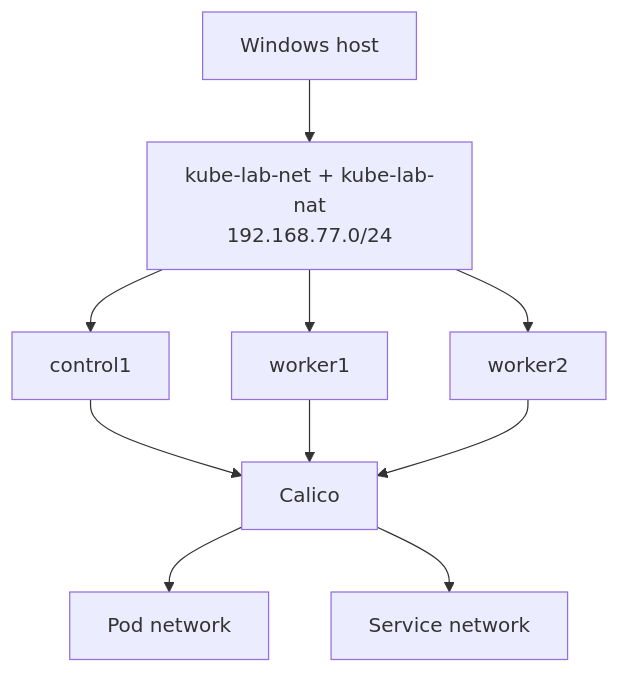
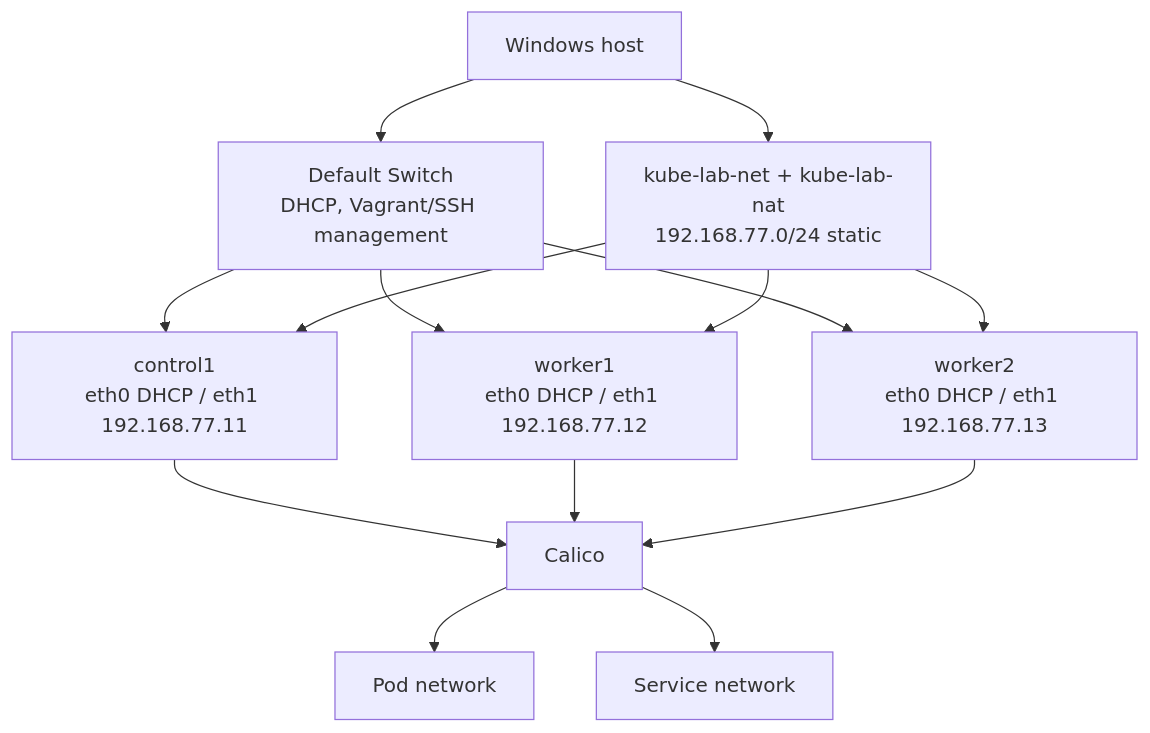
One commit to elmi70/k8s-hyperv-lab changed the diagram in docs/networking.md. Above: the diagram before and after it, drawn with Mermaid. The commit also changed other lines of this file and 18 other files, not shown here.

````diff
--- a/docs/networking.md
+++ b/docs/networking.md
@@ -2,12 +2,16 @@
 ```mermaid
 flowchart TB
- W[Windows host] --> N[kube-lab-net + kube-lab-nat<br/>192.168.77.0/24]
- N --> CP[control1]
- N --> W1[worker1]
- N --> W2[worker2]
+ W[Windows host] --> D[Default Switch<br/>DHCP, Vagrant/SSH management]
+ W --> N[kube-lab-net + kube-lab-nat<br/>192.168.77.0/24 static]
+ D --> CP[control1<br/>eth0 DHCP / eth1 192.168.77.11]
+ D --> W1[worker1<br/>eth0 DHCP / eth1 192.168.77.12]
+ D --> W2[worker2<br/>eth0 DHCP / eth1 192.168.77.13]
+ N --> CP
+ N --> W1
+ N --> W2
  CP --> C[Calico]
  W1 --> C
  W2 --> C
  C --> P[Pod network]
  C --> S[Service network]
 ```
````
